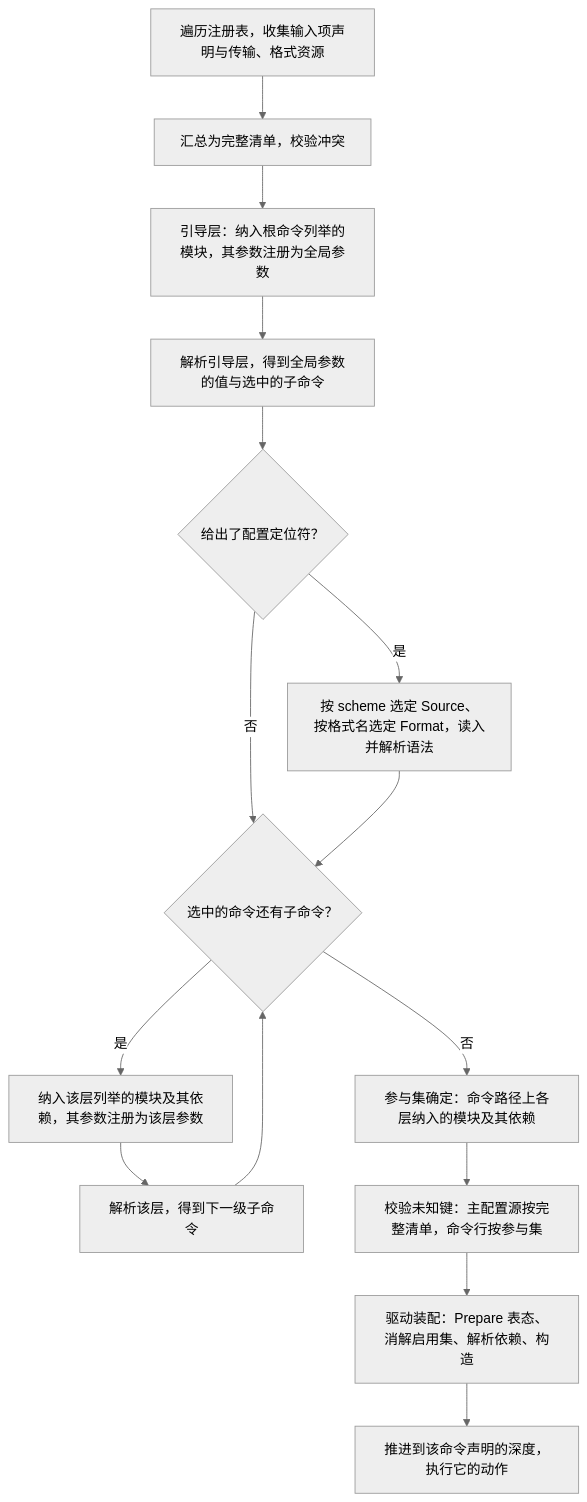
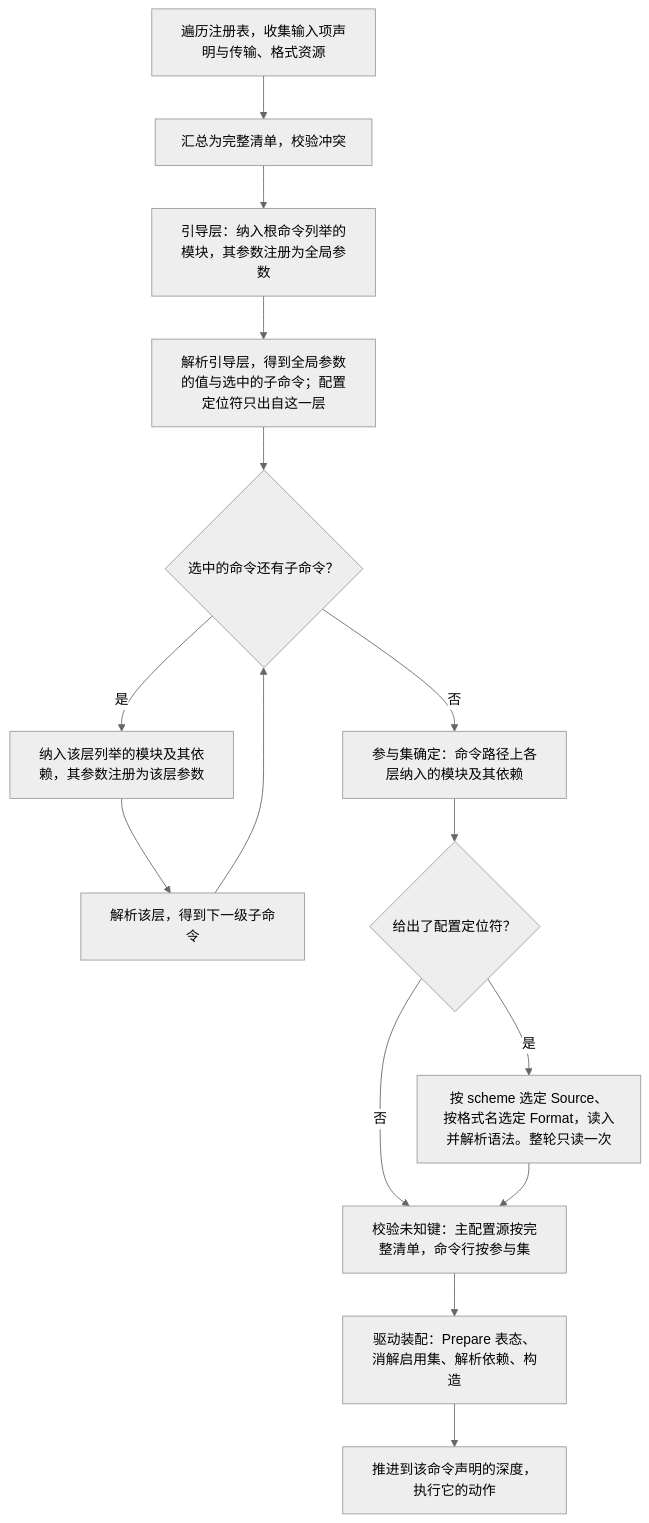
Before and after one commit to wangzw/speed: the second of 2 diagrams in docs/design/modules/design-config.md, drawn with Mermaid (neutral theme). The commit also changed other lines of this file and 126 other files, not shown here.

````diff
--- a/docs/design/modules/design-config.md
+++ b/docs/design/modules/design-config.md
@@ -296,17 +308,17 @@
 ```mermaid
 flowchart TD
     collect["遍历注册表，收集输入项声明与传输、格式资源"] --> merge["汇总为完整清单，校验冲突"]
     merge --> boot["引导层：纳入根命令列举的模块，其参数注册为全局参数"]
-    boot --> first["解析引导层，得到全局参数的值与选中的子命令"]
-    first --> locator{"给出了配置定位符？"}
-    locator -- 是 --> read["按 scheme 选定 Source、按格式名选定 Format，读入并解析语法"]
-    locator -- 否 --> leaf
-    read --> leaf{"选中的命令还有子命令？"}
+    boot --> first["解析引导层，得到全局参数的值与选中的子命令；配置定位符只出自这一层"]
+    first --> leaf{"选中的命令还有子命令？"}
     leaf -- 是 --> descend["纳入该层列举的模块及其依赖，其参数注册为该层参数"]
     descend --> next["解析该层，得到下一级子命令"]
     next --> leaf
     leaf -- 否 --> settle["参与集确定：命令路径上各层纳入的模块及其依赖"]
-    settle --> unknown["校验未知键：主配置源按完整清单，命令行按参与集"]
+    settle --> locator{"给出了配置定位符？"}
+    locator -- 是 --> read["按 scheme 选定 Source、按格式名选定 Format，读入并解析语法。整轮只读一次"]
+    locator -- 否 --> unknown
+    read --> unknown["校验未知键：主配置源按完整清单，命令行按参与集"]
     unknown --> drive["驱动装配：Prepare 表态、消解启用集、解析依赖、构造"]
     drive --> act["推进到该命令声明的深度，执行它的动作"]
 ```
````
